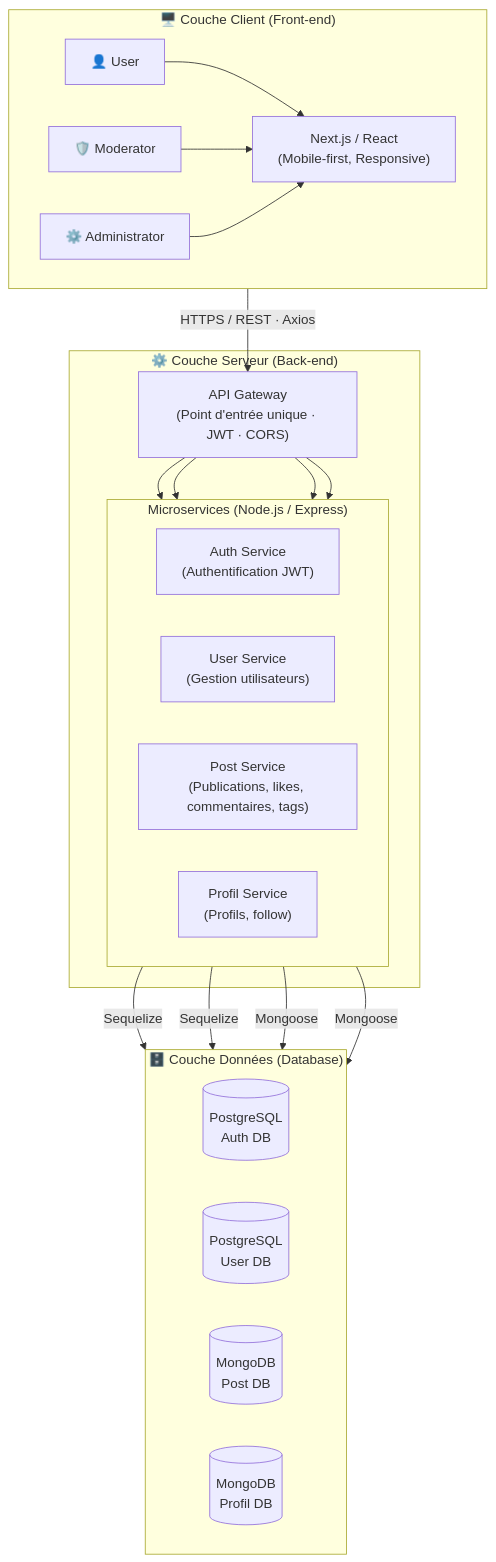
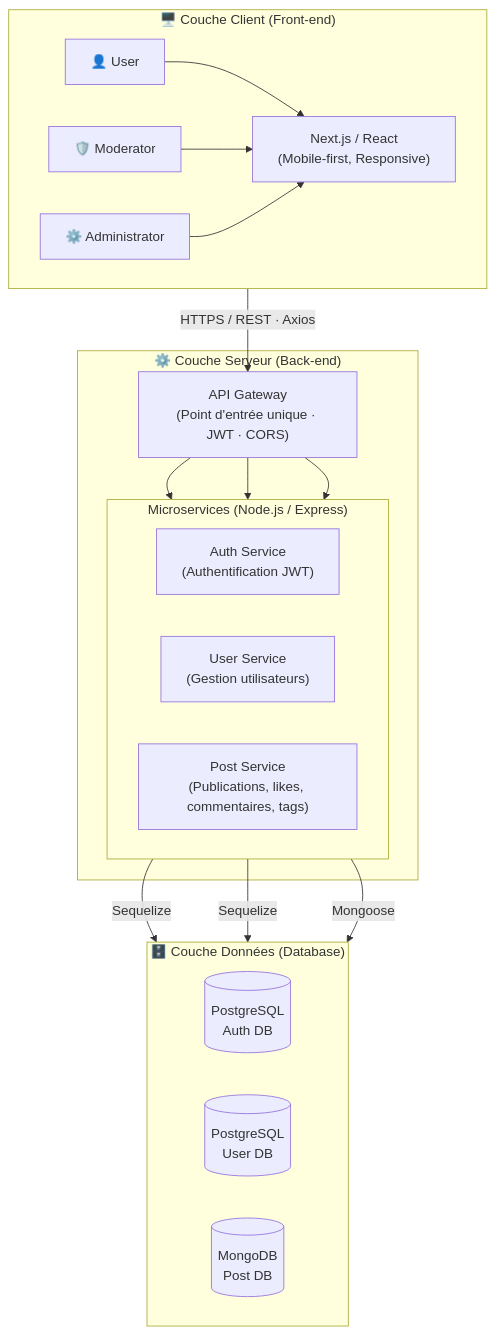
The diagram in README.md (WeTalk-com/WeTalk), drawn with Mermaid before and after one commit. The commit also changed other lines of this file, not shown here.

````diff
--- a/README.md
+++ b/README.md
@@ -33,45 +33,41 @@
 ```mermaid
 flowchart TB
     subgraph Client["🖥️ Couche Client (Front-end)"]
         direction LR
         U["👤 User"]
         M["🛡️ Moderator"]
         A["⚙️ Administrator"]
         FE["Next.js / React<br/>(Mobile-first, Responsive)"]
         U --> FE
         M --> FE
         A --> FE
     end
 
     subgraph Server["⚙️ Couche Serveur (Back-end)"]
         GW["API Gateway<br/>(Point d'entrée unique · JWT · CORS)"]
 
         subgraph Services["Microservices (Node.js / Express)"]
             direction LR
             AUTH["Auth Service<br/>(Authentification JWT)"]
             USER["User Service<br/>(Gestion utilisateurs)"]
             POST["Post Service<br/>(Publications, likes, commentaires, tags)"]
-            PROFIL["Profil Service<br/>(Profils, follow)"]
         end
 
         GW --> AUTH
         GW --> USER
         GW --> POST
-        GW --> PROFIL
     end
 
     subgraph Data["🗄️ Couche Données (Database)"]
         direction LR
         PG_AUTH[("PostgreSQL<br/>Auth DB")]
         PG_USER[("PostgreSQL<br/>User DB")]
         MG_POST[("MongoDB<br/>Post DB")]
-        MG_PROFIL[("MongoDB<br/>Profil DB")]
     end
 
     FE -->|HTTPS / REST · Axios| GW
 
     AUTH -->|Sequelize| PG_AUTH
     USER -->|Sequelize| PG_USER
     POST -->|Mongoose| MG_POST
-    PROFIL -->|Mongoose| MG_PROFIL
 ```
````
